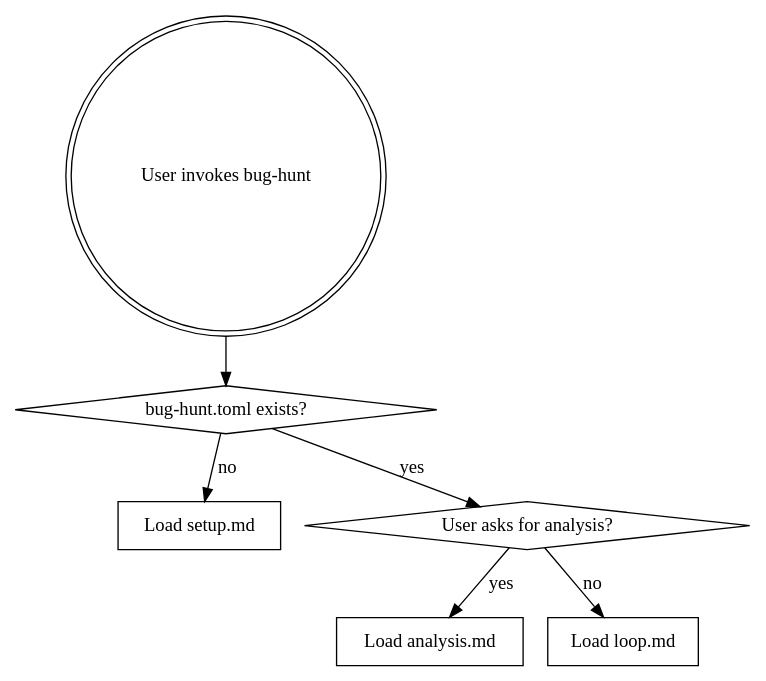
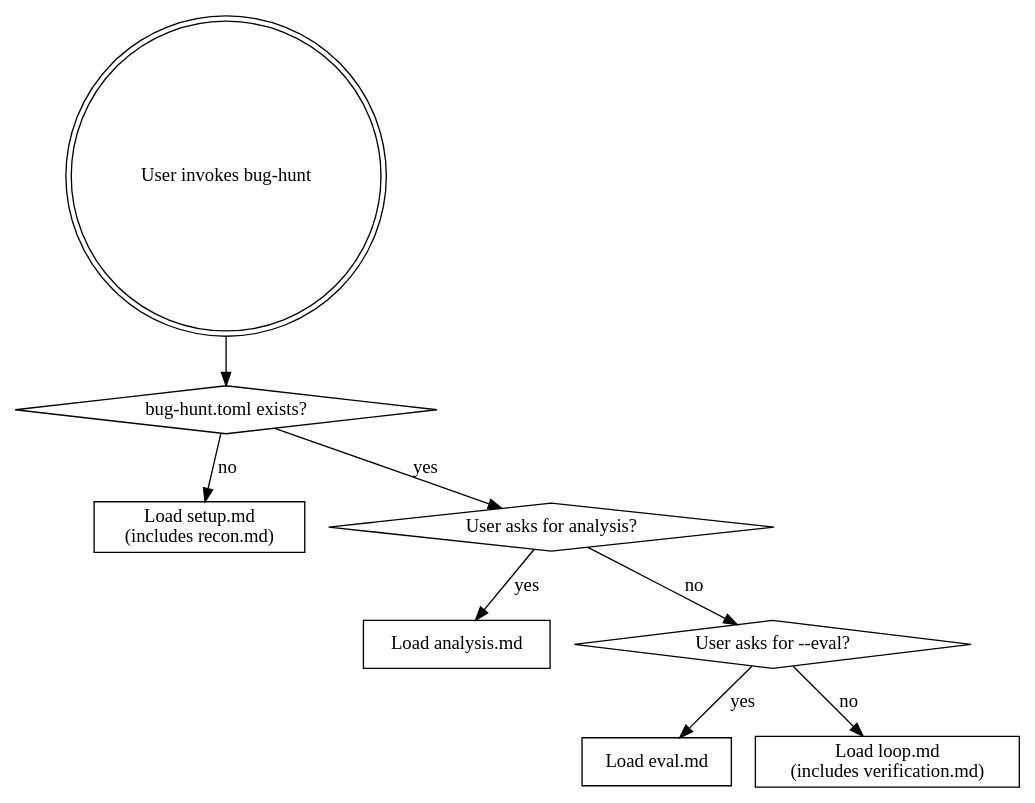
The diagram in SKILL.md (gpBlockchain/bug-hunt), drawn with Graphviz before and after one commit. The commit also changed other lines of this file and 11 other files, not shown here.

First line of the commit message:
feat: add recon, verification, eval, security tests, fuzz strategy, llms.txt

````diff
--- a/SKILL.md
+++ b/SKILL.md
@@ -22,16 +22,20 @@
 ```dot
 digraph routing {
     "User invokes bug-hunt" [shape=doublecircle];
     "bug-hunt.toml exists?" [shape=diamond];
-    "Load setup.md" [shape=box];
+    "Load setup.md\n(includes recon.md)" [shape=box];
     "User asks for analysis?" [shape=diamond];
     "Load analysis.md" [shape=box];
-    "Load loop.md" [shape=box];
+    "User asks for --eval?" [shape=diamond];
+    "Load eval.md" [shape=box];
+    "Load loop.md\n(includes verification.md)" [shape=box];
 
     "User invokes bug-hunt" -> "bug-hunt.toml exists?";
-    "bug-hunt.toml exists?" -> "Load setup.md" [label="no"];
+    "bug-hunt.toml exists?" -> "Load setup.md\n(includes recon.md)" [label="no"];
     "bug-hunt.toml exists?" -> "User asks for analysis?" [label="yes"];
     "User asks for analysis?" -> "Load analysis.md" [label="yes"];
-    "User asks for analysis?" -> "Load loop.md" [label="no"];
+    "User asks for analysis?" -> "User asks for --eval?" [label="no"];
+    "User asks for --eval?" -> "Load eval.md" [label="yes"];
+    "User asks for --eval?" -> "Load loop.md\n(includes verification.md)" [label="no"];
 }
 ```
````
